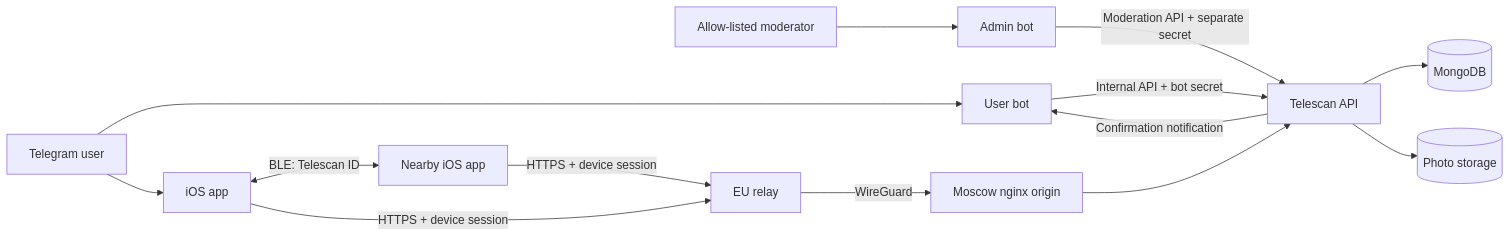
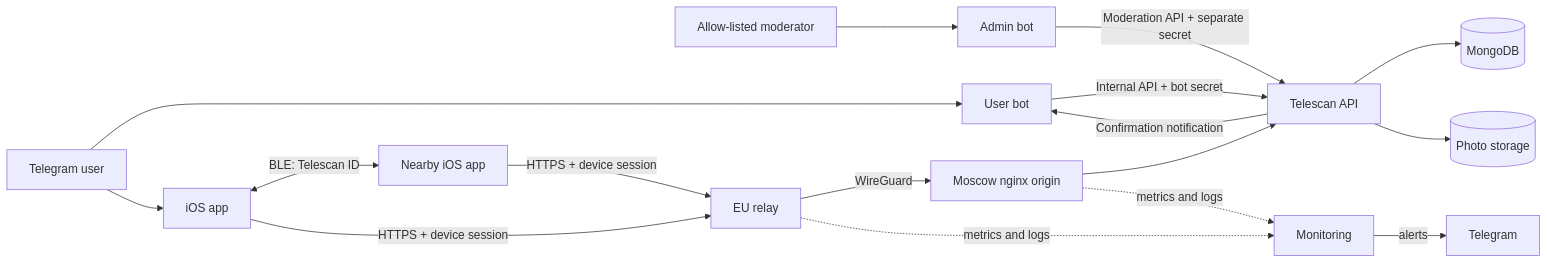
One commit to hiTechTeam/Telescan-internal-docs changed the diagram in architecture/SYSTEM_ARCHITECTURE.md. Above: the diagram before and after it, drawn with Mermaid. The commit also changed other lines of this file and 7 other files, not shown here.

````diff
--- a/architecture/SYSTEM_ARCHITECTURE.md
+++ b/architecture/SYSTEM_ARCHITECTURE.md
@@ -33,16 +35,19 @@
 ```mermaid
 flowchart LR
     USER["Telegram user"] --> BOT["User bot"]
     MOD["Allow-listed moderator"] --> ADMIN["Admin bot"]
     USER --> IOS["iOS app"]
     IOS <-->|"BLE: Telescan ID"| PEER["Nearby iOS app"]
     IOS -->|"HTTPS + device session"| RELAY["EU relay"]
     PEER -->|"HTTPS + device session"| RELAY
     RELAY -->|"WireGuard"| ORIGIN["Moscow nginx origin"]
     ORIGIN --> API["Telescan API"]
     BOT -->|"Internal API + bot secret"| API
     ADMIN -->|"Moderation API + separate secret"| API
     API -->|"Confirmation notification"| BOT
     API --> DB[("MongoDB")]
     API --> S3[("Photo storage")]
+    ORIGIN -.->|"metrics and logs"| MON["Monitoring"]
+    RELAY -.->|"metrics and logs"| MON
+    MON -->|"alerts"| TG["Telegram"]
 ```
````
